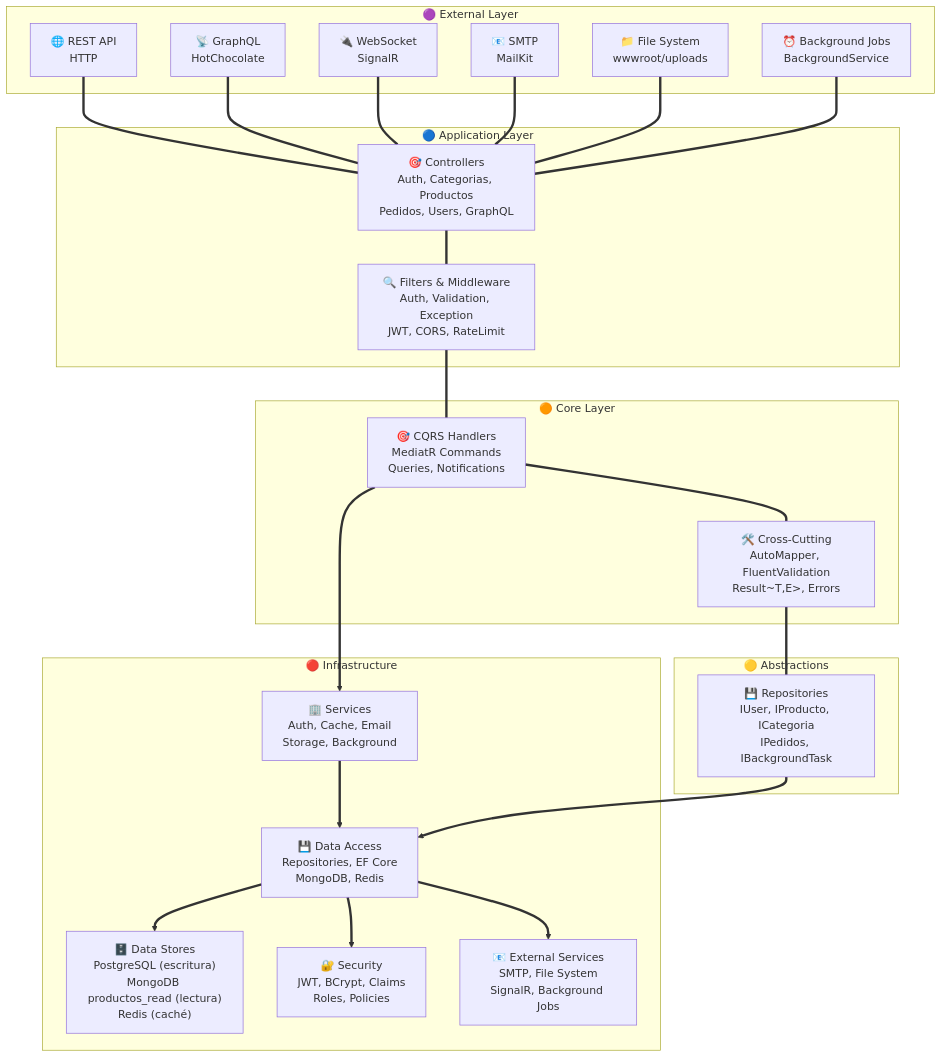
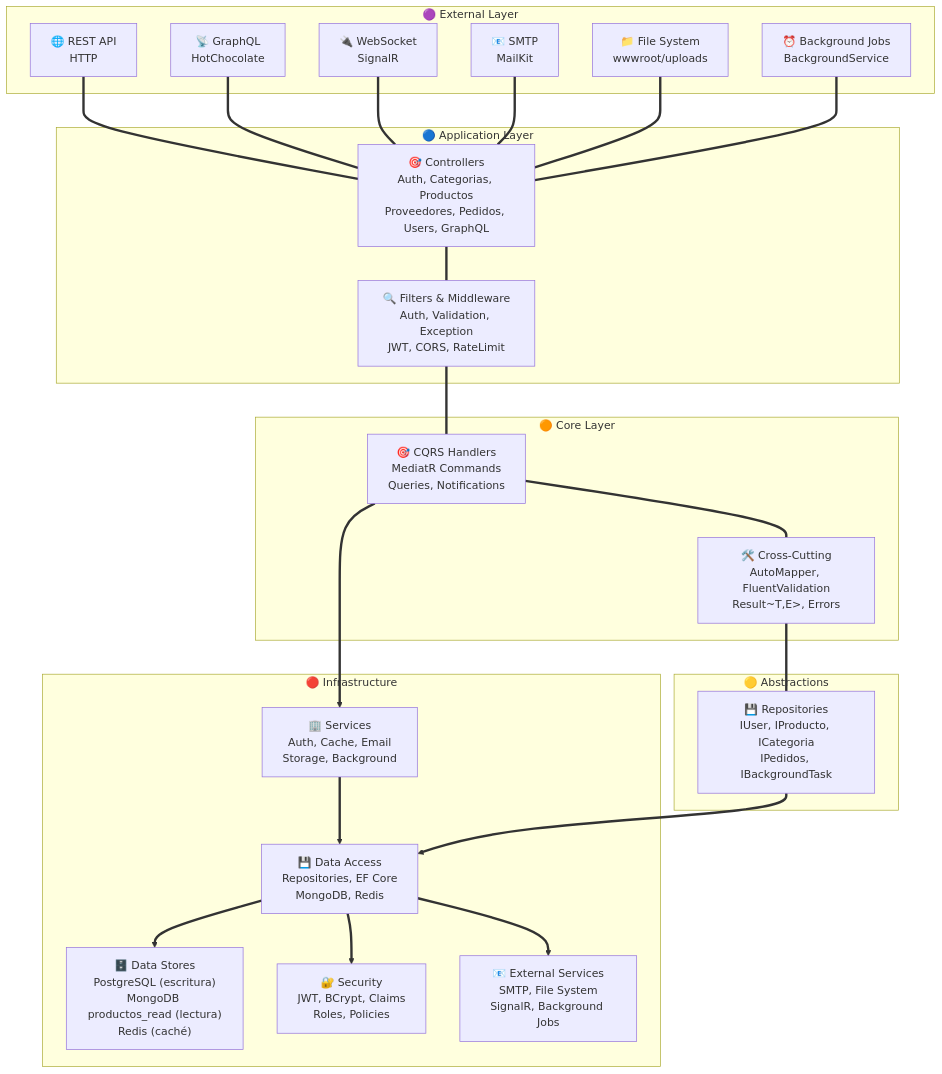
The sixth of 9 diagrams in README.md (joseluisgs/TiendaDawApi-Cqrs-MediatR-NetCore), drawn with Mermaid before and after one commit. The commit also changed other lines of this file and 143 other files, not shown here.

````diff
--- a/README.md
+++ b/README.md
@@ -998,43 +1023,43 @@
 ```mermaid
 graph TB
     subgraph "🟣 External Layer" 
         REST["🌐 REST API<br/>HTTP"]
         GQL["📡 GraphQL<br/>HotChocolate"]
         WS["🔌 WebSocket<br/>SignalR"]
         SMTP["📧 SMTP<br/>MailKit"]
         FS["📁 File System<br/>wwwroot/uploads"]
         BG["⏰ Background Jobs<br/>BackgroundService"]
     end
 
     subgraph "🔵 Application Layer"
-        CTRL["🎯 Controllers<br/>Auth, Categorias, Productos<br/>Pedidos, Users, GraphQL"]
+        CTRL["🎯 Controllers<br/>Auth, Categorias, Productos<br/>Proveedores, Pedidos, Users, GraphQL"]
         FILT["🔍 Filters & Middleware<br/>Auth, Validation, Exception<br/>JWT, CORS, RateLimit"]
     end
 
     subgraph "🟠 Core Layer"
         CQRS["🎯 CQRS Handlers<br/>MediatR Commands<br/>Queries, Notifications"]
         CCC["🛠️ Cross-Cutting<br/>AutoMapper, FluentValidation<br/>Result~T,E&gt;, Errors"]
     end
 
     subgraph "🟡 Abstractions"
         REPO["💾 Repositories<br/>IUser, IProducto, ICategoria<br/>IPedidos, IBackgroundTask"]
     end
 
     subgraph "🔴 Infrastructure"
         DA["💾 Data Access<br/>Repositories, EF Core<br/>MongoDB, Redis"]
         SVC["🏢 Services<br/>Auth, Cache, Email<br/>Storage, Background"]
         DS["🗄️ Data Stores<br/>PostgreSQL (escritura)<br/>MongoDB productos_read (lectura)<br/>Redis (caché)"]
         SEC["🔐 Security<br/>JWT, BCrypt, Claims<br/>Roles, Policies"]
         EXT["📧 External Services<br/>SMTP, File System<br/>SignalR, Background Jobs"]
     end
 
     REST & GQL & WS & SMTP & FS & BG === CTRL
     CTRL === FILT
     FILT === CQRS
     CQRS === CCC
     CCC === REPO
     CQRS ==> SVC
     SVC ==> DA
     REPO ==> DA
     DA ==> DS & SEC & EXT
 ```
````
